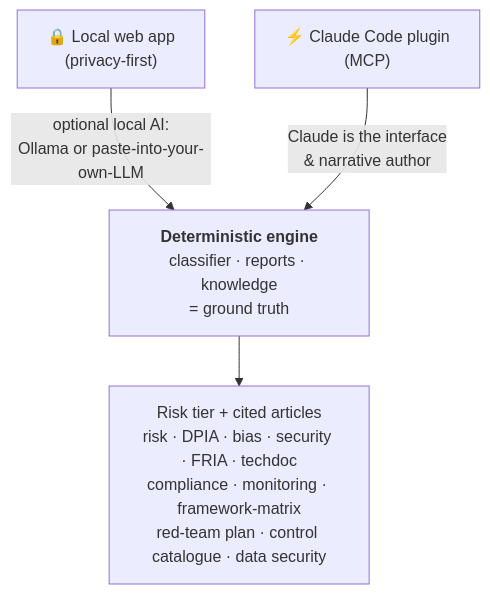
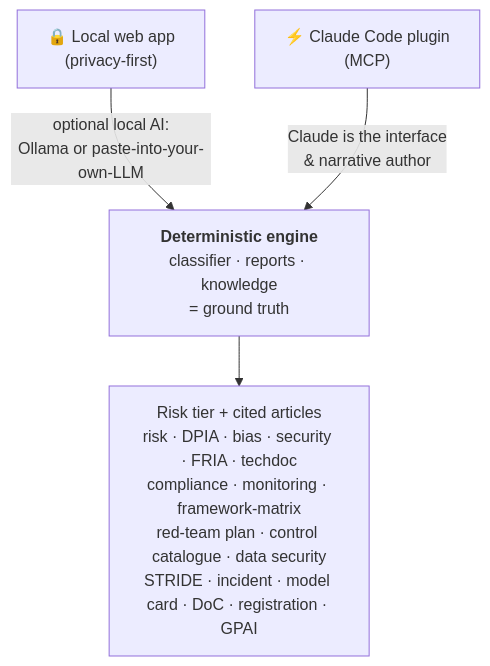
Before and after one commit to JKasteele/ai-act-companion: the diagram in README.md, drawn with Mermaid. The commit also changed other lines of this file and 10 other files, not shown here.

````diff
--- a/README.md
+++ b/README.md
@@ -70,10 +70,10 @@
 ```mermaid
 flowchart TB
     A["🔒 Local web app<br/>(privacy-first)"]
     B["⚡ Claude Code plugin<br/>(MCP)"]
     E["<b>Deterministic engine</b><br/>classifier · reports · knowledge<br/>= ground truth"]
-    O["Risk tier + cited articles<br/>risk · DPIA · bias · security · FRIA · techdoc<br/>compliance · monitoring · framework-matrix<br/>red-team plan · control catalogue · data security"]
+    O["Risk tier + cited articles<br/>risk · DPIA · bias · security · FRIA · techdoc<br/>compliance · monitoring · framework-matrix<br/>red-team plan · control catalogue · data security<br/>STRIDE · incident · model card · DoC · registration · GPAI"]
     A -->|"optional local AI:<br/>Ollama or paste-into-your-own-LLM"| E
     B -->|"Claude is the interface<br/>& narrative author"| E
     E --> O
 ```
````
